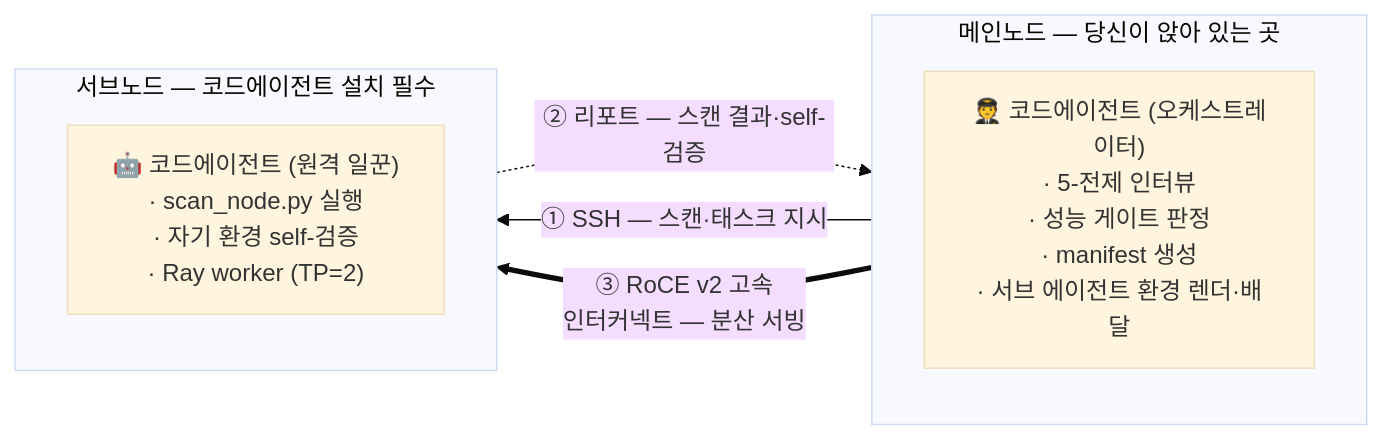
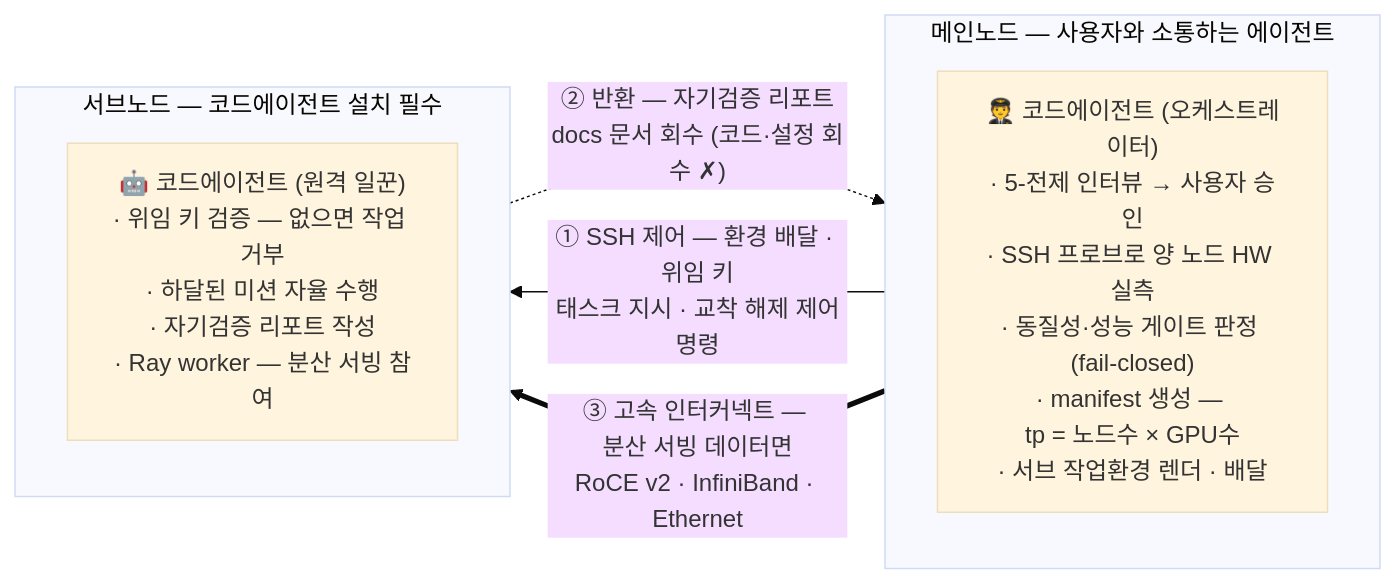
Before and after one commit to tbvjvsladla/easy_vllm_simulator: the first of 4 diagrams in README.md, drawn with Mermaid (base theme). The commit also changed other lines of this file and 7 other files, not shown here.

````diff
--- a/README.md
+++ b/README.md
@@ -137,14 +140,14 @@
 ```mermaid
 flowchart LR
-    subgraph MAIN ["메인노드 — 당신이 앉아 있는 곳"]
+    subgraph MAIN ["메인노드 — 사용자와 소통하는 에이전트"]
         direction TB
-        M["🧑‍✈️ 코드에이전트 (오케스트레이터)<br/>· 5-전제 인터뷰<br/>· 성능 게이트 판정<br/>· manifest 생성<br/>· 서브 에이전트 환경 렌더·배달"]
+        M["🧑‍✈️ 코드에이전트 (오케스트레이터)<br/>· 5-전제 인터뷰 → 사용자 승인<br/>· SSH 프로브로 양 노드 HW 실측<br/>· 동질성·성능 게이트 판정 <br/>(fail-closed)<br/>· manifest 생성 — <br/>tp = 노드수 × GPU수<br/>· 서브 작업환경 렌더 · 배달"]
     end
     subgraph SUB ["서브노드 — 코드에이전트 설치 필수"]
         direction TB
-        S["🤖 코드에이전트 (원격 일꾼)<br/>· scan_node.py 실행<br/>· 자기 환경 self-검증<br/>· Ray worker (TP=2)"]
+        S["🤖 코드에이전트 (원격 일꾼)<br/>· 위임 키 검증 — 없으면 작업 거부<br/>· 하달된 미션 자율 수행<br/>· 자기검증 리포트 작성<br/>· Ray worker — 분산 서빙 참여"]
     end
-    M -- "① SSH — 스캔·태스크 지시" --> S
-    S -. "② 리포트 — 스캔 결과·self-검증" .-> M
-    M == "③ RoCE v2 고속 <br/>인터커넥트 — 분산 서빙" ==> S
+    M -- "① SSH 제어 — 환경 배달 · 위임 키<br/>태스크 지시 · 교착 해제 제어명령" --> S
+    S -. "② 반환 — 자기검증 리포트<br/>docs 문서 회수 (코드·설정 회수 ✗)" .-> M
+    M == "③ 고속 인터커넥트 — <br/>분산 서빙 데이터면<br/>RoCE v2 · InfiniBand · Ethernet" ==> S
 ```
````
